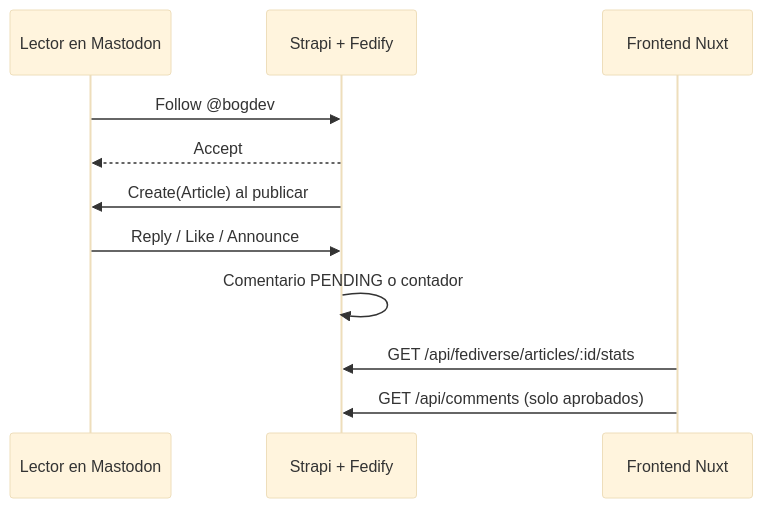
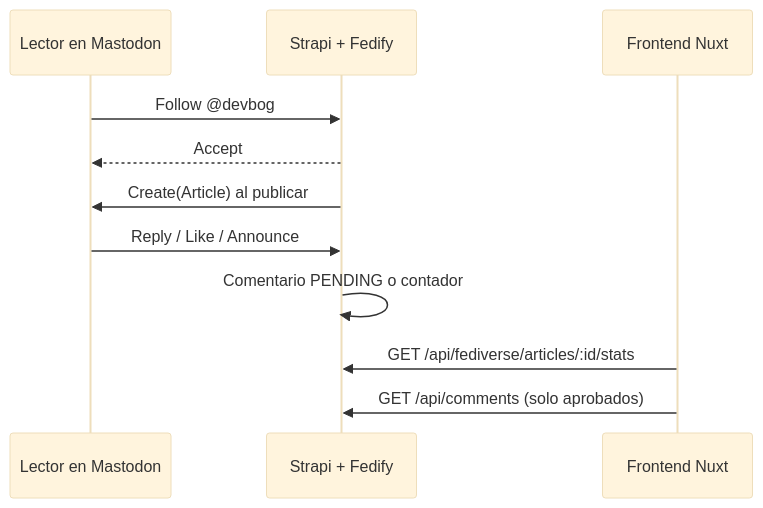
One commit to ale9420/devbog-blog-front changed the second of 5 diagrams in docs/design/DESIGN.md. Above: the diagram before and after it, drawn with Mermaid (base theme). The commit also changed other lines of this file, not shown here.

````diff
--- a/docs/design/DESIGN.md
+++ b/docs/design/DESIGN.md
@@ -215,13 +217,13 @@
 ```mermaid
 sequenceDiagram
     participant L as Lector en Mastodon
     participant B as Strapi + Fedify
     participant F as Frontend Nuxt
-    L->>B: Follow @bogdev
+    L->>B: Follow @devbog
     B-->>L: Accept
     B->>L: Create(Article) al publicar
     L->>B: Reply / Like / Announce
     B->>B: Comentario PENDING o contador
     F->>B: GET /api/fediverse/articles/:id/stats
     F->>B: GET /api/comments (solo aprobados)
 ```
````
